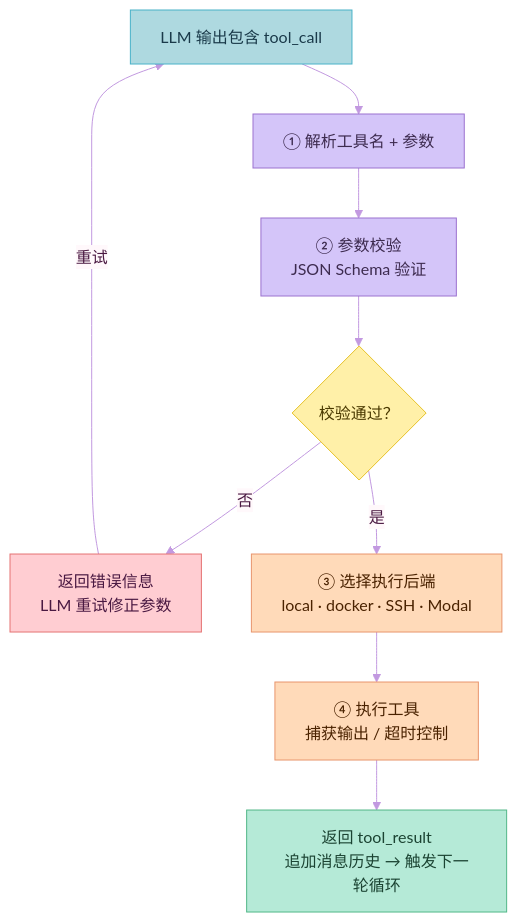
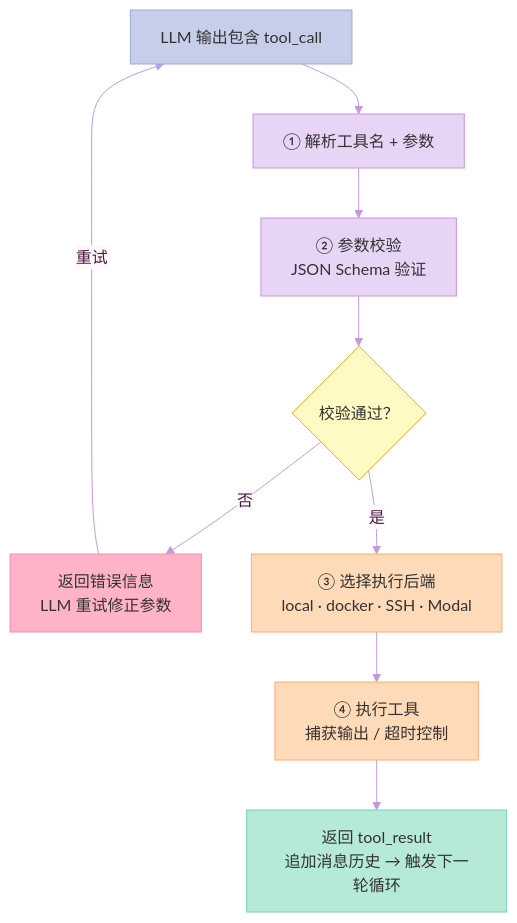
One commit to xuqi2024/xuqi2024.github.io changed the seventh of 10 diagrams in source/_posts/2026-04-13-hermes-agent深度完全解读.md. Above: the diagram before and after it, drawn with Mermaid. The commit also changed other lines of this file and 23 other files, not shown here.

````diff
--- a/source/_posts/2026-04-13-hermes-agent深度完全解读.md
+++ b/source/_posts/2026-04-13-hermes-agent深度完全解读.md
@@ -456,24 +462,24 @@
 ```mermaid
-%%{init: {'theme': 'base', 'themeVariables': {'primaryColor': '#FFB3C1', 'primaryTextColor': '#4A1942', 'primaryBorderColor': '#FF85A1', 'lineColor': '#C299E0', 'secondaryColor': '#C8E6C9', 'tertiaryColor': '#AED9E0', 'background': '#FFF8FB', 'mainBkg': '#FFB3C1', 'nodeBorder': '#FF85A1', 'clusterBkg': '#FFF0F7', 'clusterBorder': '#FFB3C1', 'titleColor': '#6D3B8C', 'edgeLabelBackground': '#FFF8FB'}}}%%
+%%{init: {'theme': 'base', 'themeVariables': {'primaryColor': '#FFB3C1', 'primaryTextColor': '#4A1942', 'primaryBorderColor': '#FF85A1', 'lineColor': '#C299E0', 'secondaryColor': '#C8E6C9', 'tertiaryColor': '#C7CEEA', 'background': '#FFF8FB', 'mainBkg': '#FFB3C1', 'nodeBorder': '#FF85A1', 'clusterBkg': '#FFF0F7', 'clusterBorder': '#FFB3C1', 'titleColor': '#6D3B8C', 'edgeLabelBackground': '#FFF8FB'}}}%%
 flowchart TD
-    classDef trigger fill:#AED9E0,stroke:#48B2C8,color:#1A3A4A
-    classDef process fill:#D4C5F9,stroke:#9B72CF,color:#3D2B4F
-    classDef decision fill:#FFF0A8,stroke:#E6C229,color:#4A3900
-    classDef error fill:#FFCDD2,stroke:#E57373,color:#4A1942
-    classDef execute fill:#FFDAB9,stroke:#E8956D,color:#4A2200
-    classDef result fill:#B5EAD7,stroke:#52B788,color:#1B4332
+    classDef trigger fill:#C7CEEA,stroke:#9FA8DA,color:#333
+    classDef process fill:#E8D5F5,stroke:#CE93D8,color:#333
+    classDef decision fill:#FFF9C4,stroke:#F9A825,color:#333
+    classDef error fill:#FFB3C6,stroke:#F48FB1,color:#333
+    classDef execute fill:#FFDAB9,stroke:#FFAB76,color:#333
+    classDef result fill:#B5EAD7,stroke:#80CBC4,color:#333
 
     A["LLM 输出包含 tool_call"]:::trigger
     B["① 解析工具名 + 参数"]:::process
     C["② 参数校验<br/>JSON Schema 验证"]:::process
     D{"校验通过？"}:::decision
     E["返回错误信息<br/>LLM 重试修正参数"]:::error
     F["③ 选择执行后端<br/>local · docker · SSH · Modal"]:::execute
     G["④ 执行工具<br/>捕获输出 / 超时控制"]:::execute
     H["返回 tool_result<br/>追加消息历史 → 触发下一轮循环"]:::result
 
     A --> B --> C --> D
     D -- 否 --> E
     D -- 是 --> F --> G --> H
     E -- 重试 --> A
 ```
````
